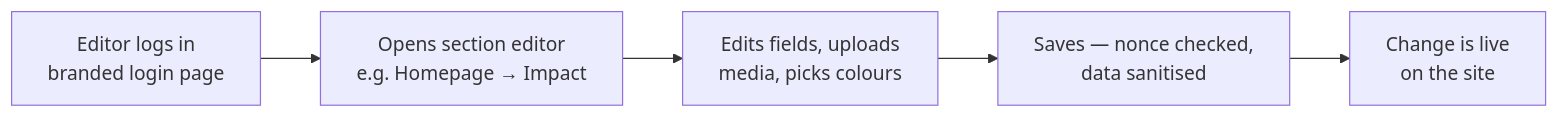
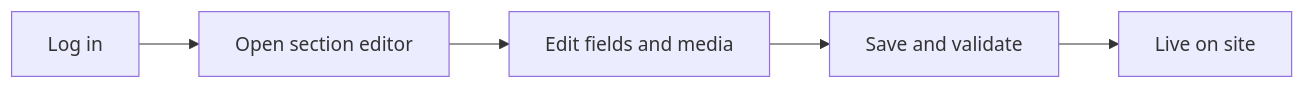
One commit to abdullah-al-faahim/khanfarhana.info-case-study changed the second of 3 diagrams in README.md. Above: the diagram before and after it, drawn with Mermaid. The commit also changed other lines of this file, not shown here.

Commit message:
Fix section anchors and shorten diagram labels

````diff
--- a/README.md
+++ b/README.md
@@ -153,7 +153,7 @@
 ```mermaid
 flowchart LR
-    A[Editor logs in<br/>branded login page] --> B[Opens section editor<br/>e.g. Homepage → Impact]
-    B --> C[Edits fields, uploads<br/>media, picks colours]
-    C --> D[Saves — nonce checked,<br/>data sanitised]
-    D --> E[Change is live<br/>on the site]
+    A[Log in] --> B[Open section editor]
+    B --> C[Edit fields and media]
+    C --> D[Save and validate]
+    D --> E[Live on site]
 ```
````
